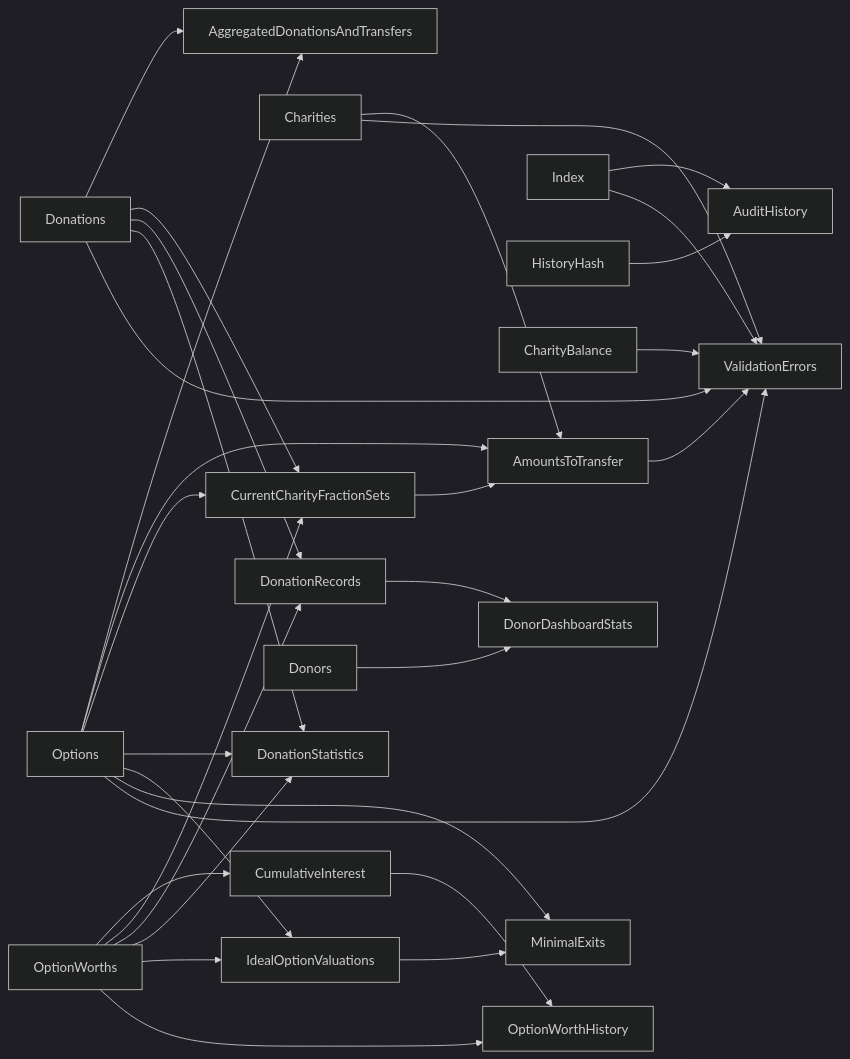
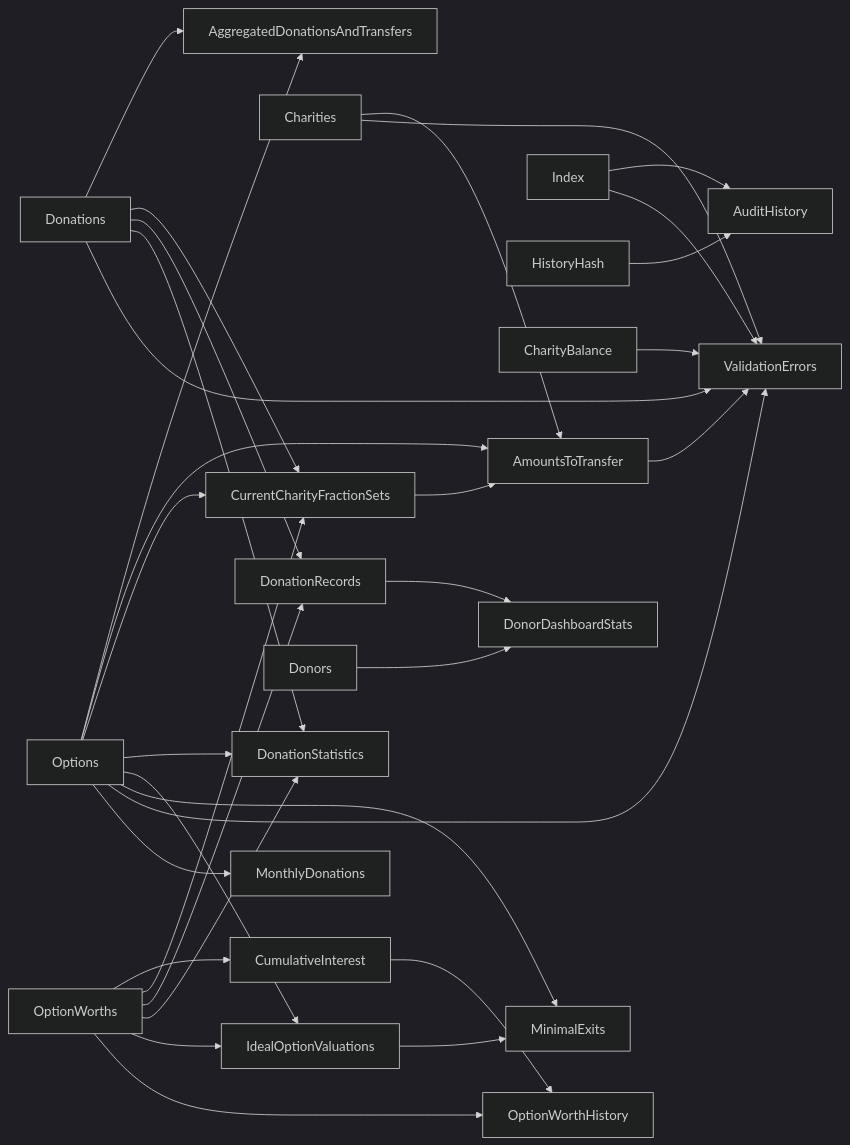
One commit to joost-morsink/FF-admin-module changed the second of 2 diagrams in wiki/calculator.md. Above: the diagram before and after it, drawn with Mermaid (dark theme). The commit also changed other lines of this file and 22 other files, not shown here.

````diff
--- a/wiki/calculator.md
+++ b/wiki/calculator.md
@@ -88,43 +88,45 @@
 ```mermaid
 graph LR
     Options --> AggregatedDonationsAndTransfers
     Donations --> AggregatedDonationsAndTransfers
     Options --> AmountsToTransfer
     Charities --> AmountsToTransfer
     CurrentCharityFractionSets --> AmountsToTransfer
     Index --> AuditHistory
     HistoryHash --> AuditHistory
     CharityBalance
     OptionWorths --> CumulativeInterest
     Options --> CurrentCharityFractionSets
     OptionWorths --> CurrentCharityFractionSets
     Donations --> CurrentCharityFractionSets
     Donations --> DonationRecords
     OptionWorths --> DonationRecords
     Donations --> DonationStatistics
     Options --> DonationStatistics
     OptionWorths --> DonationStatistics
     Donors --> DonorDashboardStats
     DonationRecords --> DonorDashboardStats
     Options --> IdealOptionValuations
     OptionWorths --> IdealOptionValuations
     Options --> MinimalExits
     IdealOptionValuations --> MinimalExits
     OptionWorths --> OptionWorthHistory
     CumulativeInterest --> OptionWorthHistory
     Index --> ValidationErrors
     Donations --> ValidationErrors
     Charities --> ValidationErrors
     Options --> ValidationErrors
     AmountsToTransfer --> ValidationErrors
     CharityBalance --> ValidationErrors
+    Options --> MonthlyDonations
 
     click Index "./models/index"
     click HistoryHash "./models/history_hash"
     click Options "./models/options"
     click ValidationErrors "./models/validation_errors"
     click Donations "./models/donations"
     click OptionWorths "./models/option_worths"
     click IdealOptionValuations "./models/ideal_option_valuations"
     click MinimalExits "./models/minimal_exits"
+    click MonthlyDonations "./models/monthly_donations"
 ```
````
